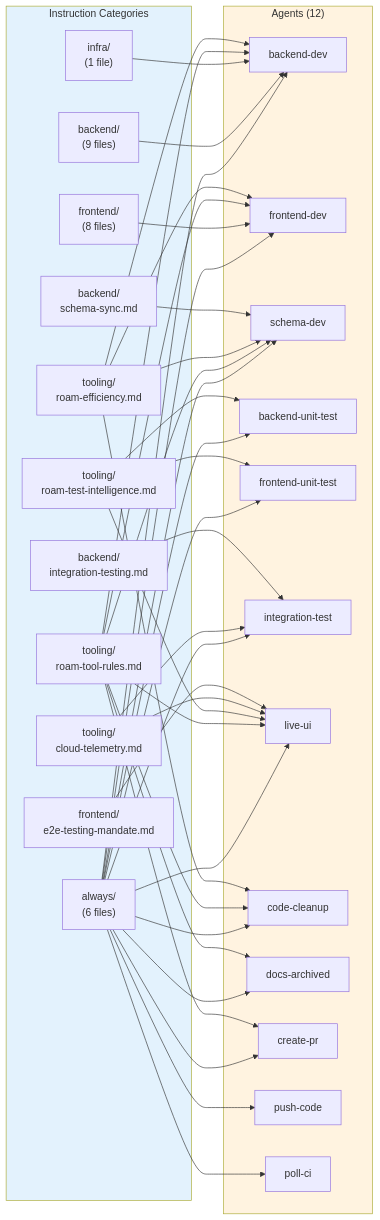
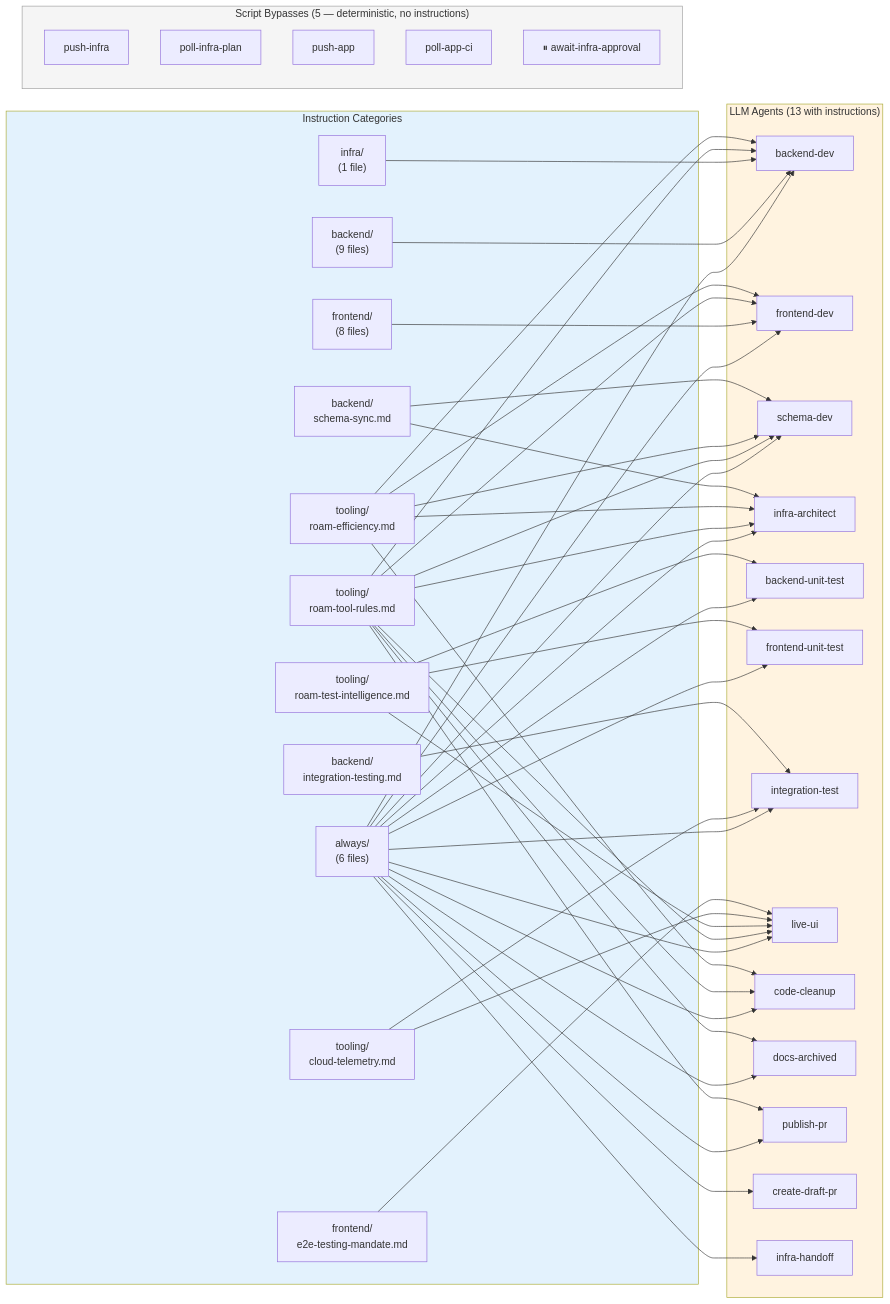
The third of 6 diagrams in tools/autonomous-factory/docs/03-apm-context.md (RomanKaliupinMelonusa/DAGent-t), drawn with Mermaid before and after one commit. The commit also changed other lines of this file and 5 other files, not shown here.

````diff
--- a/tools/autonomous-factory/docs/03-apm-context.md
+++ b/tools/autonomous-factory/docs/03-apm-context.md
@@ -185,46 +185,56 @@
 ```mermaid
 flowchart LR
     subgraph RULES["Instruction Categories"]
         A["always/\n(6 files)"]
         B["backend/\n(9 files)"]
         F["frontend/\n(8 files)"]
         I["infra/\n(1 file)"]
         T1["tooling/\nroam-tool-rules.md"]
         T2["tooling/\nroam-efficiency.md"]
         T3["tooling/\nroam-test-intelligence.md"]
         T4["tooling/\ncloud-telemetry.md"]
         BS["backend/\nschema-sync.md"]
         FE["frontend/\ne2e-testing-mandate.md"]
         BI["backend/\nintegration-testing.md"]
     end
 
-    subgraph AGENTS["Agents (12)"]
+    subgraph AGENTS["LLM Agents (13 with instructions)"]
         P1["backend-dev"]
         P2["frontend-dev"]
         P3["schema-dev"]
+        P3B["infra-architect"]
         P4["backend-unit-test"]
         P5["frontend-unit-test"]
         P6["integration-test"]
         P7["live-ui"]
         P8["code-cleanup"]
         P9["docs-archived"]
-        P10["create-pr"]
-        P11["push-code"]
-        P12["poll-ci"]
+        P10["publish-pr"]
+        P11["create-draft-pr"]
+        P12["infra-handoff"]
     end
 
-    A --> P1 & P2 & P3 & P4 & P5 & P6 & P7 & P8 & P9 & P10 & P11 & P12
+    subgraph SCRIPT["Script Bypasses (5 — deterministic, no instructions)"]
+        S1["push-infra"]
+        S2["poll-infra-plan"]
+        S3["push-app"]
+        S4["poll-app-ci"]
+        S5["⏸ await-infra-approval"]
+    end
+
+    A --> P1 & P2 & P3 & P3B & P4 & P5 & P6 & P7 & P8 & P9 & P10 & P11 & P12
     B --> P1
     F --> P2
     I --> P1
-    T1 --> P1 & P2 & P3 & P7 & P8 & P9 & P10
-    T2 --> P1 & P2 & P3 & P8
+    T1 --> P1 & P2 & P3 & P3B & P7 & P8 & P9 & P10
+    T2 --> P1 & P2 & P3 & P3B & P8
     T3 --> P4 & P5 & P7
     T4 --> P6 & P7
-    BS --> P3
+    BS --> P3 & P3B
     FE --> P7
     BI --> P6
 
     style RULES fill:#e3f2fd
     style AGENTS fill:#fff3e0
+    style SCRIPT fill:#f5f5f5,stroke:#9e9e9e
 ```
````
